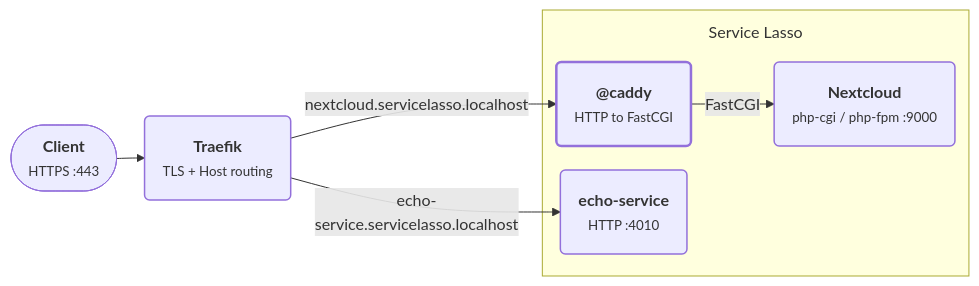
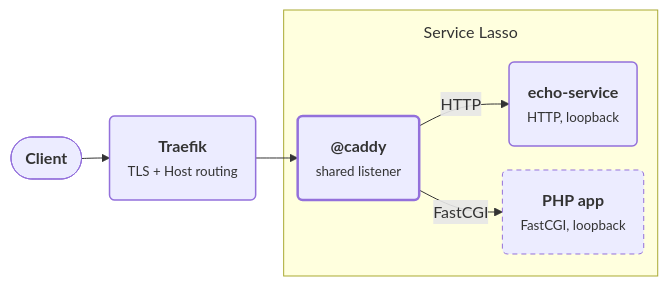
Before and after one commit to service-lasso/service-lasso: the diagram in docs/getting-started/advanced-proxying-services-with-caddy.md, drawn with Mermaid. The commit also changed other lines of this file and 7 other files, not shown here.

````diff
--- a/docs/getting-started/advanced-proxying-services-with-caddy.md
+++ b/docs/getting-started/advanced-proxying-services-with-caddy.md
@@ -27,22 +34,23 @@
 ```mermaid
 %%{init: {"flowchart": {"nodeSpacing": 24, "rankSpacing": 28, "padding": 18, "subGraphTitleMargin": {"top": 10, "bottom": 20}}, "themeVariables": {"fontFamily": "system-ui, sans-serif"}}}%%
 flowchart LR
-  accTitle: Shared Caddy translates FastCGI behind Traefik
-  accDescr: Clients reach Traefik over HTTPS. Traefik terminates TLS and routes each domain either directly to an HTTP service or to the shared Caddy translator for FastCGI backends. Caddy forwards to the private FastCGI endpoint.
-  client(["<b>Client</b><br/><small>HTTPS :443</small>"])
+  accTitle: Shared Caddy routes domains to private service endpoints
+  accDescr: Traefik terminates TLS at the edge. The shared Caddy listener matches the host name and forwards to the private endpoint: plain HTTP for Echo, FastCGI for a PHP app.
+  client(["<b>Client</b>"])
   traefik("<b>Traefik</b><br/><small>TLS + Host routing</small>")
   subgraph lasso["Service Lasso"]
-    caddy("<b>@caddy</b><br/><small>HTTP to FastCGI</small>")
-    nextcloud("<b>Nextcloud</b><br/><small>php-cgi / php-fpm :9000</small>")
-    echo("<b>echo-service</b><br/><small>HTTP :4010</small>")
-    caddy -->|FastCGI| nextcloud
+    caddy("<b>@caddy</b><br/><small>shared listener</small>")
+    echo("<b>echo-service</b><br/><small>HTTP, loopback</small>")
+    php("<b>PHP app</b><br/><small>FastCGI, loopback</small>")
+    caddy -->|HTTP| echo
+    caddy -->|FastCGI| php
   end
   client --> traefik
-  traefik -->|"nextcloud.servicelasso.localhost"| caddy
-  traefik -->|"echo-service.servicelasso.localhost"| echo
+  traefik --> caddy
   classDef service stroke-width:1.5px
   classDef added stroke-width:2.5px
   classDef optional stroke-dasharray:5 4
-  class traefik,echo,nextcloud service
+  class traefik,echo service
   class caddy added
+  class php optional
 ```
````
